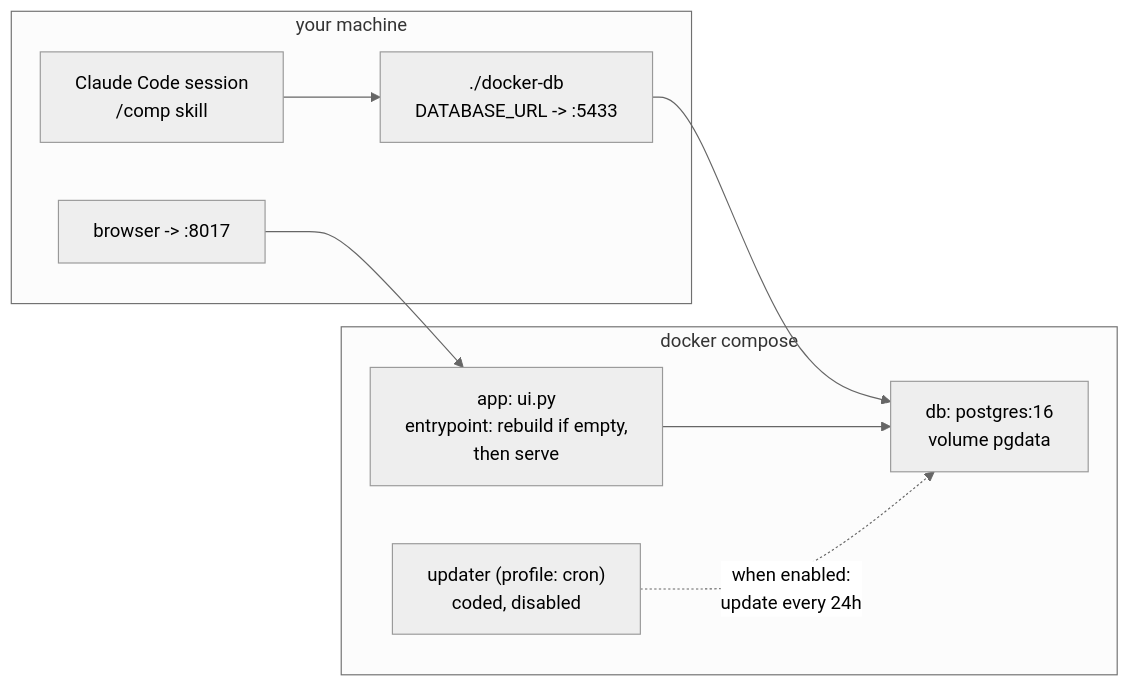
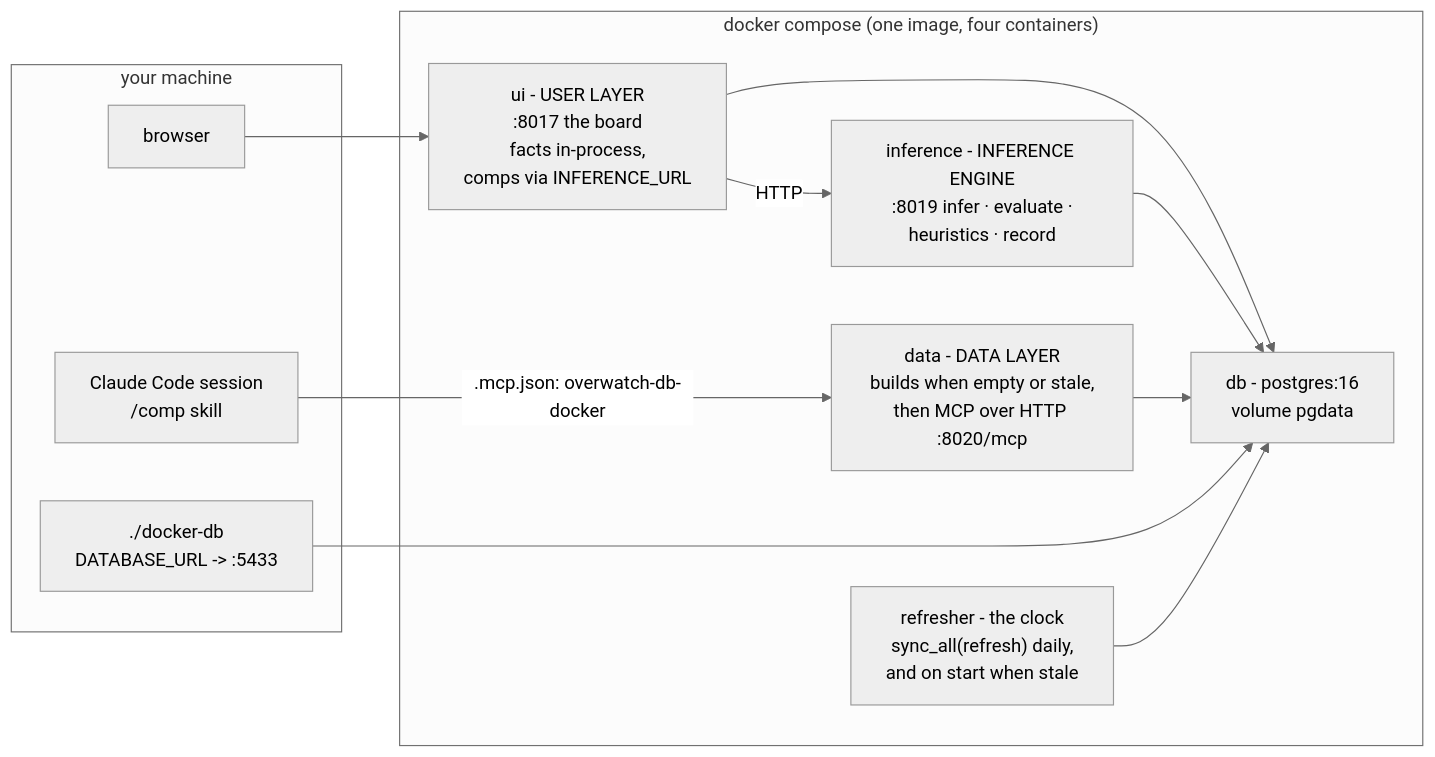
Before and after one commit to mmikol/counter-utility-matrix: the fifth of 5 diagrams in docs/architecture.md, drawn with Mermaid (neutral theme). The commit also changed other lines of this file and 140 other files, not shown here.

````diff
--- a/docs/architecture.md
+++ b/docs/architecture.md
@@ -151,16 +139,23 @@
 ```mermaid
 flowchart LR
     subgraph HOST["your machine"]
         SESSION["Claude Code session<br/>/comp skill"]
-        BRIDGE["./docker-db<br/>DATABASE_URL -> :5433"]
-        BROWSER["browser -> :8017"]
+        BROWSER["browser"]
+        SHELL["./docker-db<br/>DATABASE_URL -> :5433"]
     end
-    subgraph DOCKER["docker compose"]
-        APP["app: ui.py<br/>entrypoint: rebuild if empty,<br/>then serve"]
-        DBC["db: postgres:16<br/>volume pgdata"]
-        CRON["updater (profile: cron)<br/>coded, disabled"]
+    subgraph DOCKER["docker compose (one image, four containers)"]
+        DATA["data - DATA LAYER<br/>builds when empty or stale,<br/>then MCP over HTTP :8020/mcp"]
+        INF["inference - INFERENCE ENGINE<br/>:8019 infer · evaluate ·<br/>heuristics · record"]
+        UI["ui - USER LAYER<br/>:8017 the board<br/>facts in-process,<br/>comps via INFERENCE_URL"]
+        DBC["db - postgres:16<br/>volume pgdata"]
+        REF["refresher - the clock<br/>sync_all(refresh) daily,<br/>and on start when stale"]
     end
-    SESSION --> BRIDGE --> DBC
-    BROWSER --> APP --> DBC
-    CRON -.->|"when enabled:<br/>update every 24h"| DBC
+    SESSION -->|".mcp.json: overwatch-db-docker"| DATA
+    BROWSER --> UI
+    UI -->|"HTTP"| INF
+    UI --> DBC
+    INF --> DBC
+    DATA --> DBC
+    SHELL --> DBC
+    REF --> DBC
 ```
````
